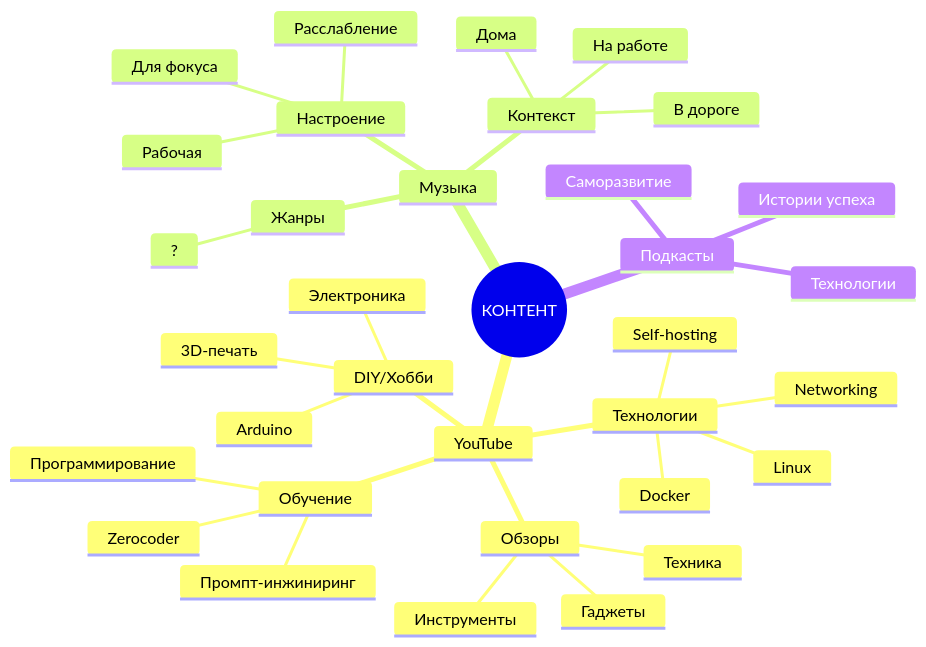
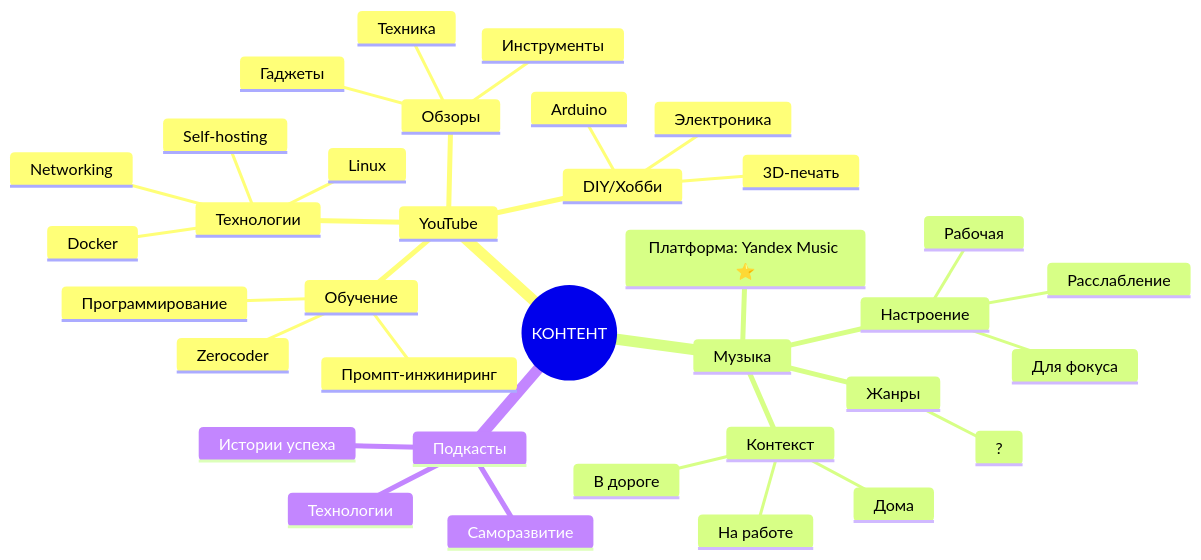
One commit to yarovoi2017/Gemphonebot changed the second of 6 diagrams in Content-Graph/00-Content-Overview.md. Above: the diagram before and after it, drawn with Mermaid. The commit also changed 1 other file, not shown here.

Commit message:
[auto] sync: 2026-02-15 09:39

````diff
--- a/Content-Graph/00-Content-Overview.md
+++ b/Content-Graph/00-Content-Overview.md
@@ -63,37 +63,38 @@
 ```mermaid
 mindmap
   root((КОНТЕНТ))
     YouTube
       Технологии
         Self-hosting
         Docker
         Linux
         Networking
       Обучение
         Промпт-инжиниринг
         Zerocoder
         Программирование
       DIY/Хобби
         Электроника
         Arduino
         3D-печать
       Обзоры
         Техника
         Гаджеты
         Инструменты
     Музыка
+      Платформа: Yandex Music ⭐
       Жанры
         ?
       Настроение
         Рабочая
         Для фокуса
         Расслабление
       Контекст
         В дороге
         На работе
         Дома
     Подкасты
       Технологии
       Саморазвитие
       Истории успеха
 ```
````
